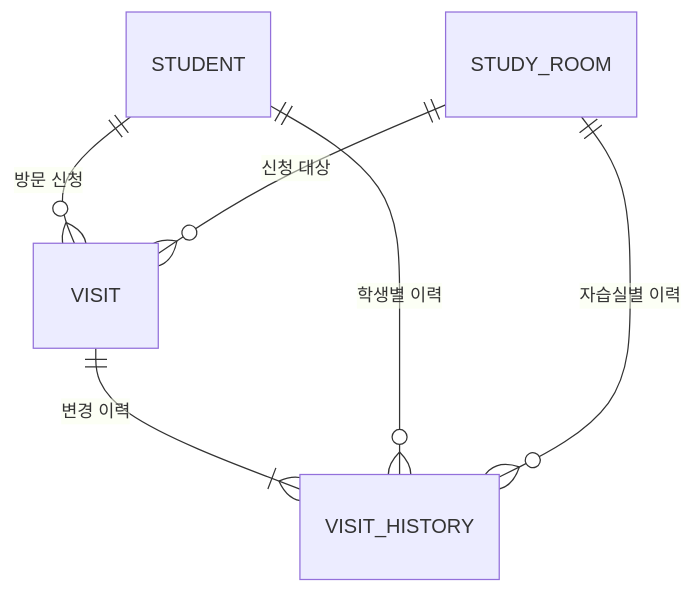
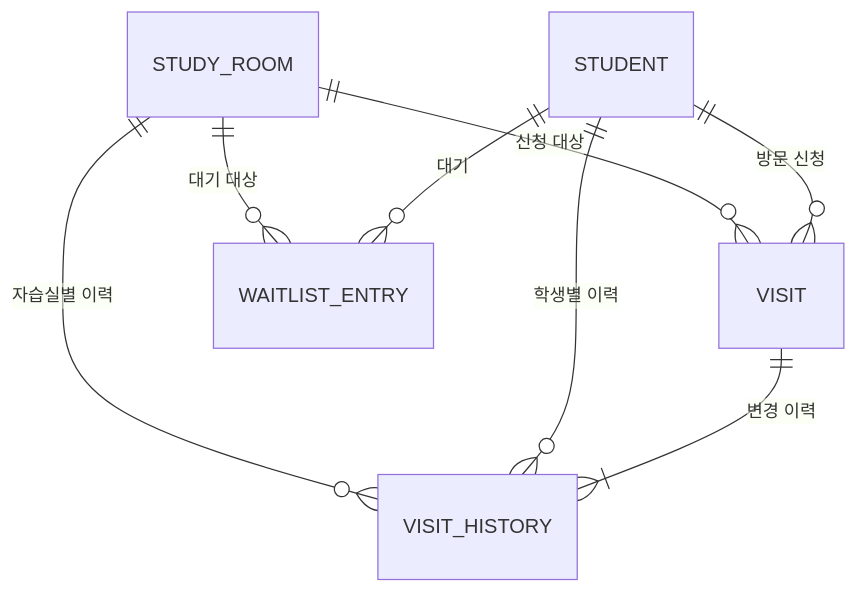
The first of 3 diagrams in docs/database.md (JungMINI-developer/hiconsy-task), drawn with Mermaid before and after one commit. The commit also changed other lines of this file and 11 other files, not shown here.

````diff
--- a/docs/database.md
+++ b/docs/database.md
@@ -12,8 +12,10 @@
 ```mermaid
 erDiagram
   STUDENT ||--o{ VISIT : "방문 신청"
   STUDY_ROOM ||--o{ VISIT : "신청 대상"
   VISIT ||--|{ VISIT_HISTORY : "변경 이력"
   STUDENT ||--o{ VISIT_HISTORY : "학생별 이력"
   STUDY_ROOM ||--o{ VISIT_HISTORY : "자습실별 이력"
+  STUDENT ||--o{ WAITLIST_ENTRY : "대기"
+  STUDY_ROOM ||--o{ WAITLIST_ENTRY : "대기 대상"
 ```
````
